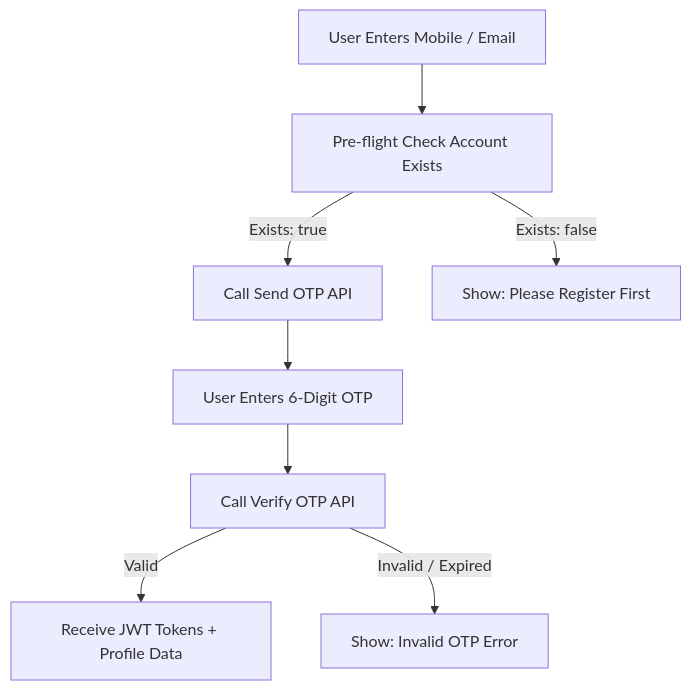
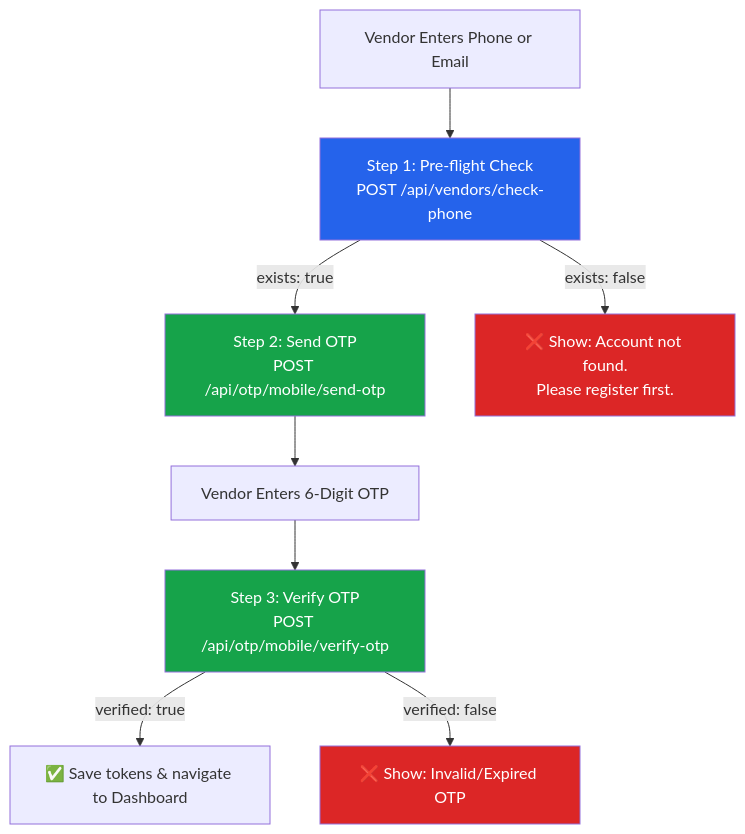
Before and after one commit to zordial-dev/digi-local_backend: the diagram in EMAIL_AND_MOBILE_OTP_API_DOCS.md, drawn with Mermaid. The commit also changed other lines of this file, not shown here.

Commit message:
Update OTP API docs: vendor-app-specific with mandatory role field and quick fix checklist

````diff
--- a/EMAIL_AND_MOBILE_OTP_API_DOCS.md
+++ b/EMAIL_AND_MOBILE_OTP_API_DOCS.md
@@ -19,10 +22,16 @@
 ```mermaid
 graph TD
-    A[User Enters Mobile / Email] --> B[Pre-flight Check Account Exists]
-    B -->|Exists: true| C[Call Send OTP API]
-    B -->|Exists: false| D[Show: Please Register First]
-    C --> E[User Enters 6-Digit OTP]
-    E --> F[Call Verify OTP API]
-    F -->|Valid| G[Receive JWT Tokens + Profile Data]
-    F -->|Invalid / Expired| H[Show: Invalid OTP Error]
+    A["Vendor Enters Phone or Email"] --> B["Step 1: Pre-flight Check<br/>POST /api/vendors/check-phone"]
+    B -->|exists: true| C["Step 2: Send OTP<br/>POST /api/otp/mobile/send-otp"]
+    B -->|exists: false| D["❌ Show: Account not found.<br/>Please register first."]
+    C --> E["Vendor Enters 6-Digit OTP"]
+    E --> F["Step 3: Verify OTP<br/>POST /api/otp/mobile/verify-otp"]
+    F -->|verified: true| G["✅ Save tokens & navigate to Dashboard"]
+    F -->|verified: false| H["❌ Show: Invalid/Expired OTP"]
+
+    style B fill:#2563eb,color:#fff
+    style C fill:#16a34a,color:#fff
+    style F fill:#16a34a,color:#fff
+    style D fill:#dc2626,color:#fff
+    style H fill:#dc2626,color:#fff
 ```
````
